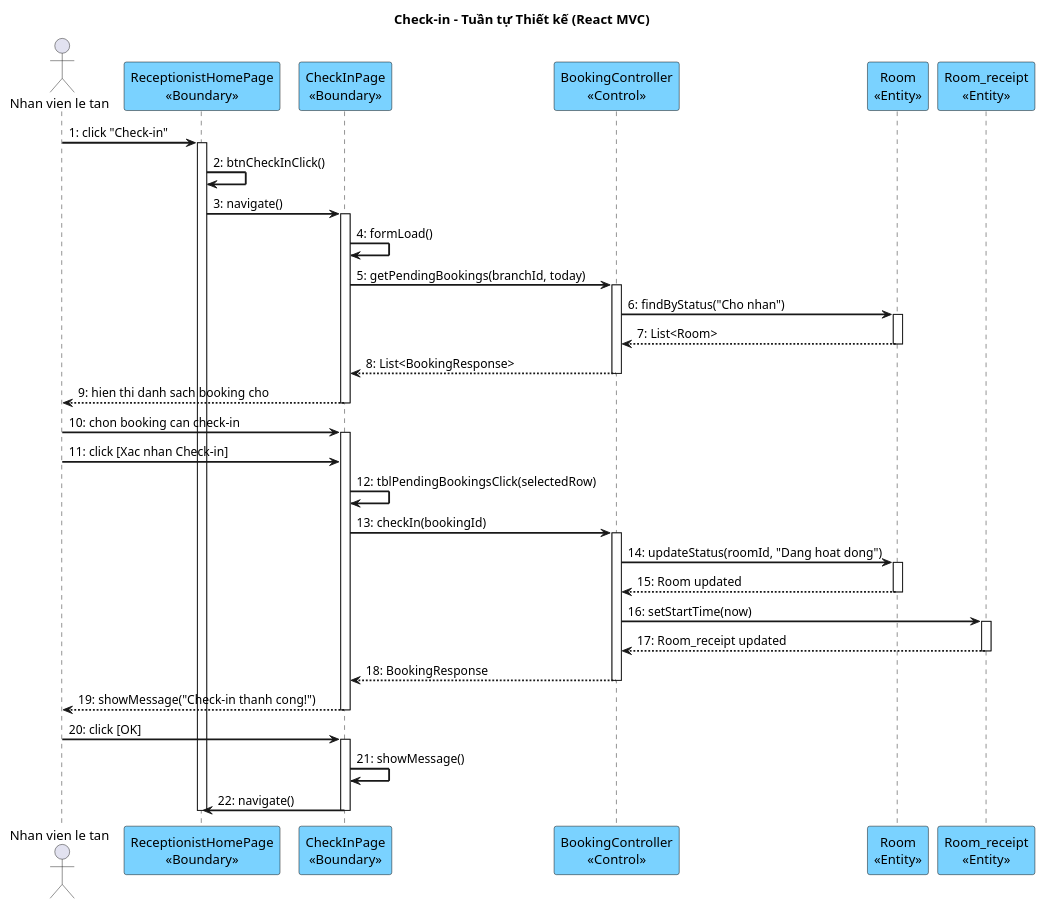
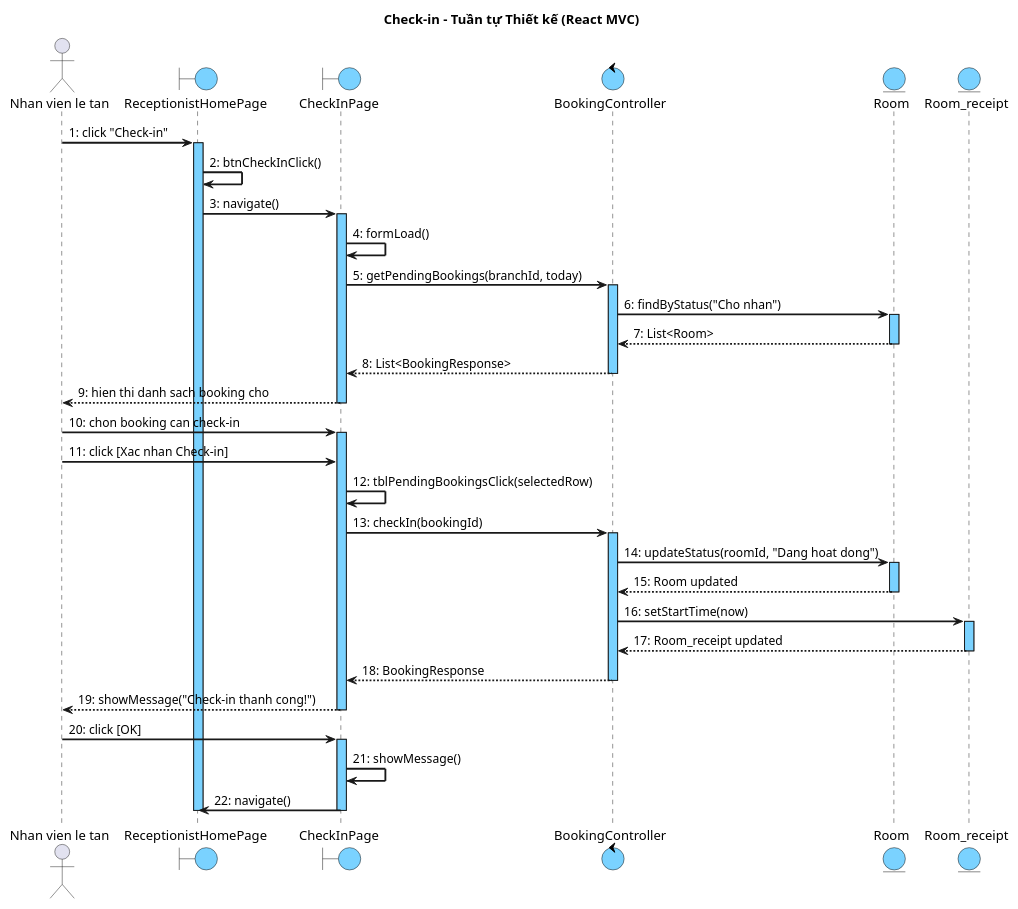
One commit to thanhtrnnn/cnpm changed the second of 4 diagrams in docs/tabs/section-booking-iii.4.md. Above: the diagram before and after it, drawn with PlantUML. The commit also changed other lines of this file and 10 other files, not shown here.

First line of the commit message:
fix: sequence diagrams - blue activation bars + boundary/entity circle symbols

````diff
--- a/docs/tabs/section-booking-iii.4.md
+++ b/docs/tabs/section-booking-iii.4.md
@@ -180,67 +181,68 @@
 ```plantuml
 @startuml
 skinparam shadowing false
 skinparam SequenceMessageAlign left
 skinparam SequenceArrowThickness 2
+skinparam SequenceLifeLineBackgroundColor #7AD2FF
 skinparam ParticipantBackgroundColor #7AD2FF
 skinparam ParticipantBorderColor black
 skinparam BoundaryBackgroundColor #7AD2FF
 skinparam BoundaryBorderColor black
 skinparam ControlBackgroundColor #7AD2FF
 skinparam ControlBorderColor black
 skinparam EntityBackgroundColor #7AD2FF
 skinparam EntityBorderColor black
 
 title Check-in – Tuần tự Thiết kế (React MVC)
 
 actor "Nhan vien le tan" as NV
-participant "ReceptionistHomePage\n<<Boundary>>" as Home
-participant "CheckInPage\n<<Boundary>>" as CIP
-participant "BookingController\n<<Control>>" as Ctrl
-participant "Room\n<<Entity>>" as Room
-participant "Room_receipt\n<<Entity>>" as RR
+boundary "ReceptionistHomePage" as Home
+boundary "CheckInPage" as CIP
+control "BookingController" as Ctrl
+entity "Room" as Room
+entity "Room_receipt" as RR
 
 NV -> Home : 1: click "Check-in"
 activate Home
 Home -> Home : 2: btnCheckInClick()
 Home -> CIP : 3: navigate()
 activate CIP
 CIP -> CIP : 4: formLoad()
 CIP -> Ctrl : 5: getPendingBookings(branchId, today)
 activate Ctrl
 Ctrl -> Room : 6: findByStatus("Cho nhan")
 activate Room
 Room --> Ctrl : 7: List<Room>
 deactivate Room
 Ctrl --> CIP : 8: List<BookingResponse>
 deactivate Ctrl
 CIP --> NV : 9: hien thi danh sach booking cho
 deactivate CIP
 
 NV -> CIP : 10: chon booking can check-in
 activate CIP
 NV -> CIP : 11: click [Xac nhan Check-in]
 CIP -> CIP : 12: tblPendingBookingsClick(selectedRow)
 CIP -> Ctrl : 13: checkIn(bookingId)
 activate Ctrl
 Ctrl -> Room : 14: updateStatus(roomId, "Dang hoat dong")
 activate Room
 Room --> Ctrl : 15: Room updated
 deactivate Room
 Ctrl -> RR : 16: setStartTime(now)
 activate RR
 RR --> Ctrl : 17: Room_receipt updated
 deactivate RR
 Ctrl --> CIP : 18: BookingResponse
 deactivate Ctrl
 CIP --> NV : 19: showMessage("Check-in thanh cong!")
 deactivate CIP
 
 NV -> CIP : 20: click [OK]
 activate CIP
 CIP -> CIP : 21: showMessage()
 CIP -> Home : 22: navigate()
 deactivate CIP
 deactivate Home
 @enduml
 ```
````
